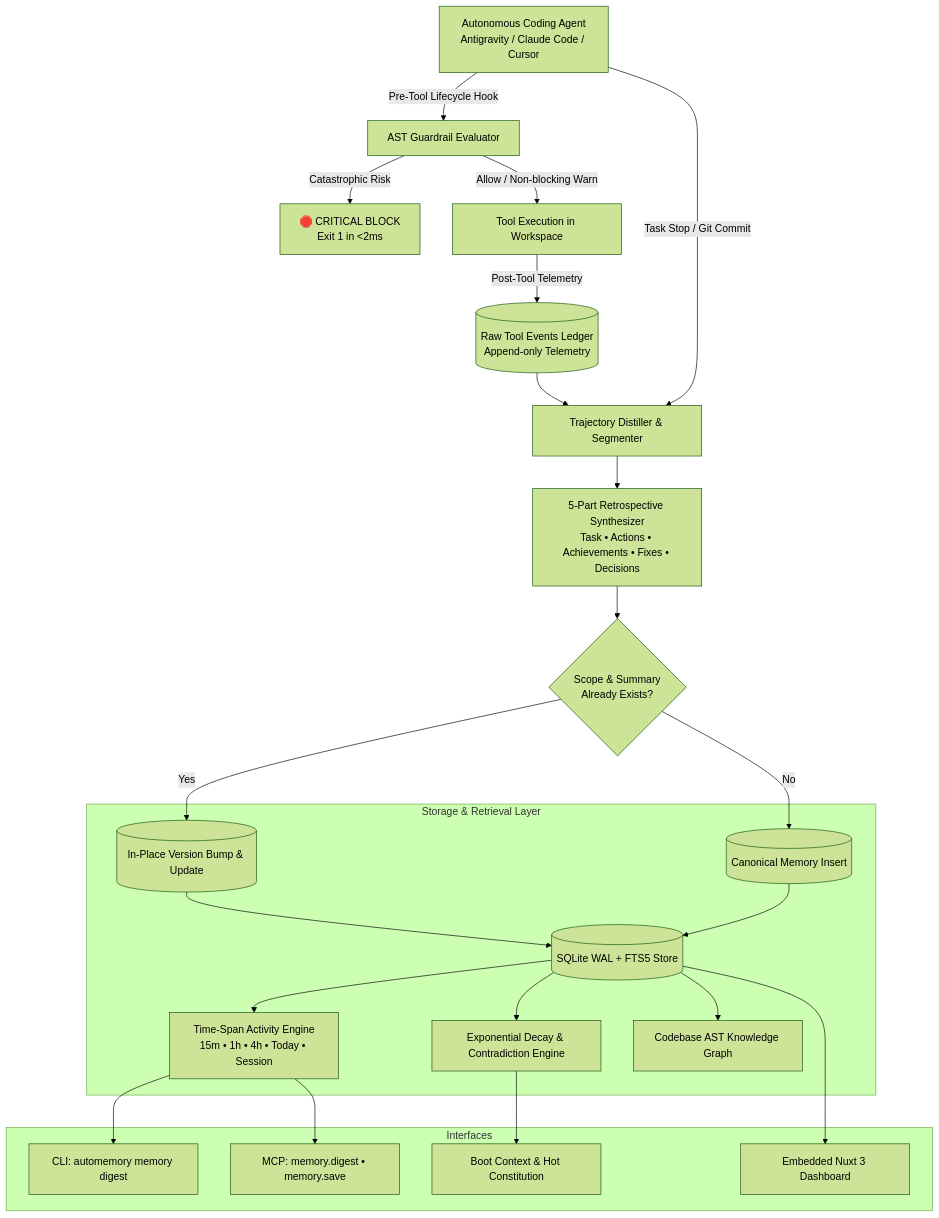
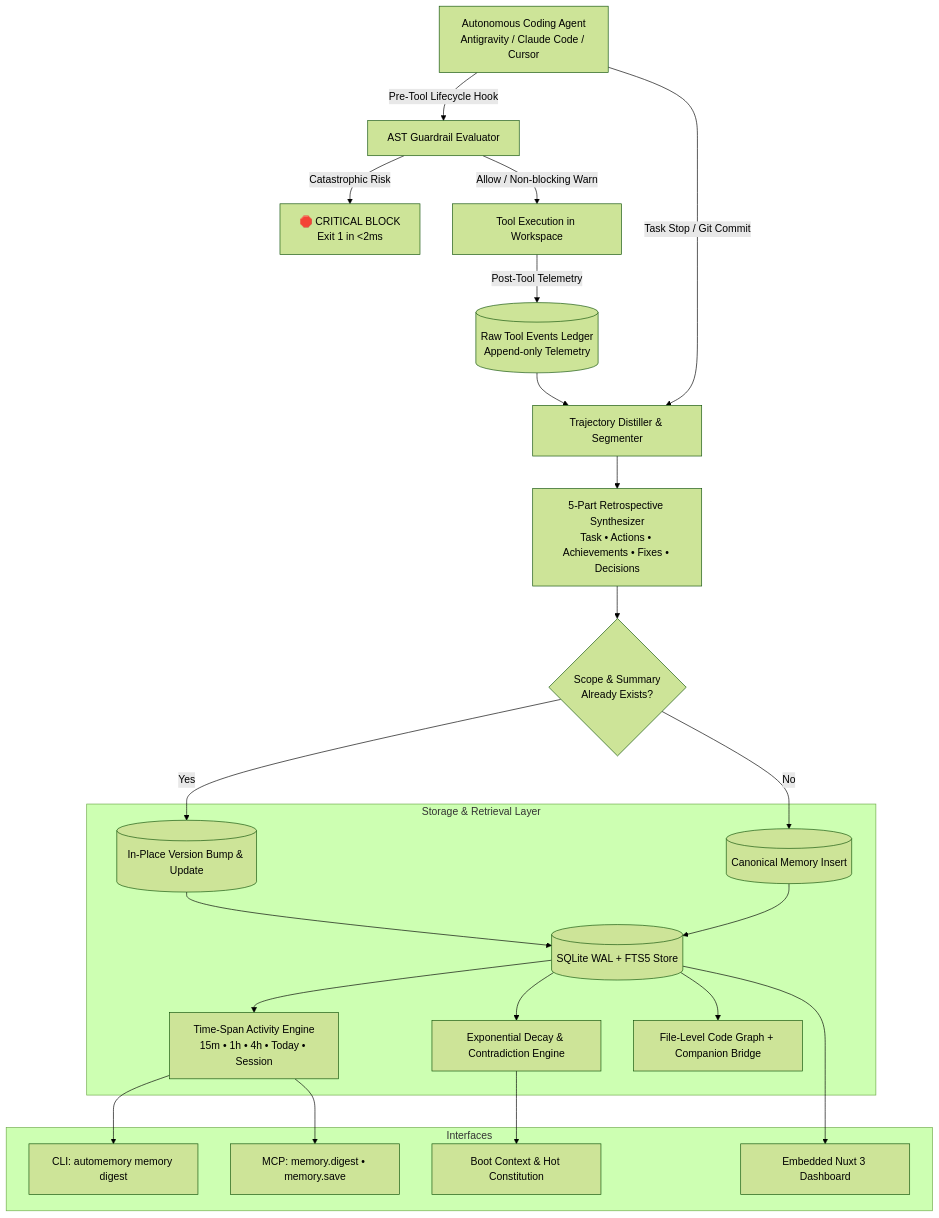
One commit to theasmat/automemory changed the diagram in WHAT_WE_ARE_BUILDING.md. Above: the diagram before and after it, drawn with Mermaid (forest theme). The commit also changed other lines of this file and 34 other files, not shown here.

````diff
--- a/WHAT_WE_ARE_BUILDING.md
+++ b/WHAT_WE_ARE_BUILDING.md
@@ -20,31 +20,31 @@
 ```mermaid
 graph TD
     Agent[Autonomous Coding Agent<br/>Antigravity / Claude Code / Cursor] -->|Pre-Tool Lifecycle Hook| Guard[AST Guardrail Evaluator]
     Guard -->|Catastrophic Risk| Block[🛑 CRITICAL BLOCK<br/>Exit 1 in <2ms]
     Guard -->|Allow / Non-blocking Warn| Exec[Tool Execution in Workspace]
     
     Exec -->|Post-Tool Telemetry| Ledger[(Raw Tool Events Ledger<br/>Append-only Telemetry)]
     
     Agent -->|Task Stop / Git Commit| Distill[Trajectory Distiller & Segmenter]
     Ledger --> Distill
     
     Distill --> Retro[5-Part Retrospective Synthesizer<br/>Task • Actions • Achievements • Fixes • Decisions]
     Retro --> ScopeCheck{Scope & Summary<br/>Already Exists?}
     ScopeCheck -- Yes --> Update[(In-Place Version Bump & Update)]
     ScopeCheck -- No --> Insert[(Canonical Memory Insert)]
     
     subgraph Storage & Retrieval Layer
         Update --> SQLite[(SQLite WAL + FTS5 Store)]
         Insert --> SQLite
         SQLite --> TS[Time-Span Activity Engine<br/>15m • 1h • 4h • Today • Session]
         SQLite --> Decay[Exponential Decay & Contradiction Engine]
-        SQLite --> Graph[Codebase AST Knowledge Graph]
+        SQLite --> Graph[File-Level Code Graph + Companion Bridge]
     end
     
     subgraph Interfaces
         TS --> CLI[CLI: automemory memory digest]
         TS --> MCP[MCP: memory.digest • memory.save]
         Decay --> Boot[Boot Context & Hot Constitution]
         SQLite --> UI[Embedded Nuxt 3 Dashboard]
     end
 ```
````
